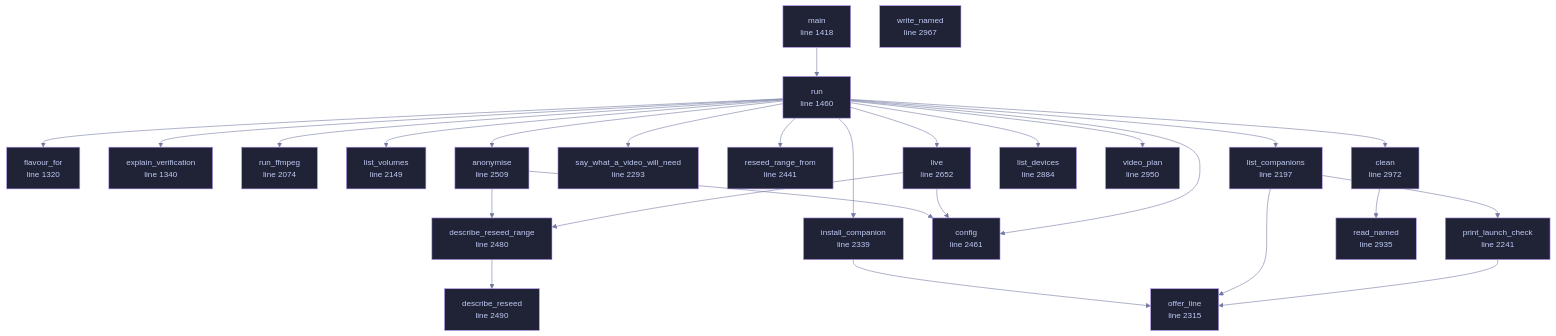
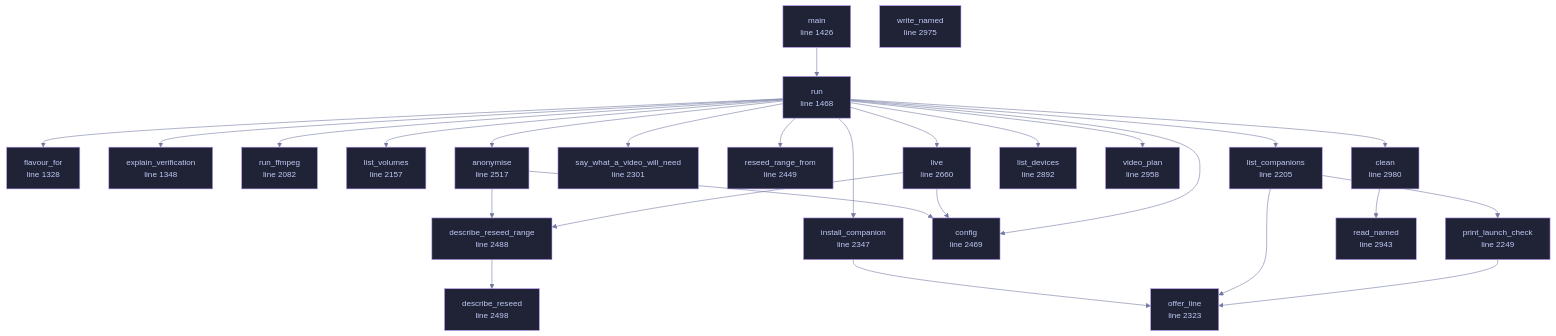
The diagram in docs/files/veilvoice-cli/main.md (tilas01/veilvoice), drawn with Mermaid before and after one commit. The commit also changed other lines of this file and 32 other files, not shown here.

````diff
--- a/docs/files/veilvoice-cli/main.md
+++ b/docs/files/veilvoice-cli/main.md
@@ -135,75 +135,75 @@
 ```mermaid
 %%{init: {"theme":"base","themeVariables":{"background":"#1a1b26","primaryColor":"#1f2335","primaryTextColor":"#c0caf5","primaryBorderColor":"#7aa2f7","secondaryColor":"#16161e","tertiaryColor":"#16161e","lineColor":"#737aa2","textColor":"#c0caf5","mainBkg":"#1f2335","nodeBorder":"#7aa2f7","clusterBkg":"#16161e","clusterBorder":"#2f3549","fontFamily":"ui-monospace, SFMono-Regular, Consolas, monospace","fontSize":"14px"}}}%%
 flowchart TD
-    n_flavour_for["flavour_for<br/>line 1320"]
-    n_explain_verification["explain_verification<br/>line 1340"]
-    n_main["main<br/>line 1418"]
-    n_run["run<br/>line 1460"]
-    n_run_ffmpeg["run_ffmpeg<br/>line 2074"]
-    n_list_volumes["list_volumes<br/>line 2149"]
-    n_list_companions["list_companions<br/>line 2197"]
-    n_print_launch_check["print_launch_check<br/>line 2241"]
-    n_say_what_a_video_will_need["say_what_a_video_will_need<br/>line 2293"]
-    n_offer_line["offer_line<br/>line 2315"]
-    n_install_companion["install_companion<br/>line 2339"]
-    n_reseed_range_from["reseed_range_from<br/>line 2441"]
-    n_config["config<br/>line 2461"]
-    n_describe_reseed_range["describe_reseed_range<br/>line 2480"]
-    n_describe_reseed["describe_reseed<br/>line 2490"]
-    n_anonymise["anonymise<br/>line 2509"]
-    n_live["live<br/>line 2652"]
-    n_list_devices["list_devices<br/>line 2884"]
-    n_read_named["read_named<br/>line 2935"]
-    n_video_plan["video_plan<br/>line 2950"]
-    n_write_named["write_named<br/>line 2967"]
-    n_clean["clean<br/>line 2972"]
+    n_flavour_for["flavour_for<br/>line 1328"]
+    n_explain_verification["explain_verification<br/>line 1348"]
+    n_main["main<br/>line 1426"]
+    n_run["run<br/>line 1468"]
+    n_run_ffmpeg["run_ffmpeg<br/>line 2082"]
+    n_list_volumes["list_volumes<br/>line 2157"]
+    n_list_companions["list_companions<br/>line 2205"]
+    n_print_launch_check["print_launch_check<br/>line 2249"]
+    n_say_what_a_video_will_need["say_what_a_video_will_need<br/>line 2301"]
+    n_offer_line["offer_line<br/>line 2323"]
+    n_install_companion["install_companion<br/>line 2347"]
+    n_reseed_range_from["reseed_range_from<br/>line 2449"]
+    n_config["config<br/>line 2469"]
+    n_describe_reseed_range["describe_reseed_range<br/>line 2488"]
+    n_describe_reseed["describe_reseed<br/>line 2498"]
+    n_anonymise["anonymise<br/>line 2517"]
+    n_live["live<br/>line 2660"]
+    n_list_devices["list_devices<br/>line 2892"]
+    n_read_named["read_named<br/>line 2943"]
+    n_video_plan["video_plan<br/>line 2958"]
+    n_write_named["write_named<br/>line 2975"]
+    n_clean["clean<br/>line 2980"]
     n_anonymise --> n_config
     n_anonymise --> n_describe_reseed_range
     n_clean --> n_read_named
     n_describe_reseed_range --> n_describe_reseed
     n_install_companion --> n_offer_line
     n_list_companions --> n_offer_line
     n_list_companions --> n_print_launch_check
     n_live --> n_config
     n_live --> n_describe_reseed_range
     n_main --> n_run
     n_print_launch_check --> n_offer_line
     n_run --> n_anonymise
     n_run --> n_clean
     n_run --> n_config
     n_run --> n_explain_verification
     n_run --> n_flavour_for
     n_run --> n_install_companion
     n_run --> n_list_companions
     n_run --> n_list_devices
     n_run --> n_list_volumes
     n_run --> n_live
     n_run --> n_reseed_range_from
     n_run --> n_run_ffmpeg
     n_run --> n_say_what_a_video_will_need
     n_run --> n_video_plan
-    click n_flavour_for href "https://github.com/tilas01/veilvoice/blob/main/crates/veilvoice-cli/src/main.rs#L1320" "open the source"
-    click n_explain_verification href "https://github.com/tilas01/veilvoice/blob/main/crates/veilvoice-cli/src/main.rs#L1340" "open the source"
-    click n_main href "https://github.com/tilas01/veilvoice/blob/main/crates/veilvoice-cli/src/main.rs#L1418" "open the source"
-    click n_run href "https://github.com/tilas01/veilvoice/blob/main/crates/veilvoice-cli/src/main.rs#L1460" "open the source"
-    click n_run_ffmpeg href "https://github.com/tilas01/veilvoice/blob/main/crates/veilvoice-cli/src/main.rs#L2074" "open the source"
-    click n_list_volumes href "https://github.com/tilas01/veilvoice/blob/main/crates/veilvoice-cli/src/main.rs#L2149" "open the source"
-    click n_list_companions href "https://github.com/tilas01/veilvoice/blob/main/crates/veilvoice-cli/src/main.rs#L2197" "open the source"
-    click n_print_launch_check href "https://github.com/tilas01/veilvoice/blob/main/crates/veilvoice-cli/src/main.rs#L2241" "open the source"
-    click n_say_what_a_video_will_need href "https://github.com/tilas01/veilvoice/blob/main/crates/veilvoice-cli/src/main.rs#L2293" "open the source"
-    click n_offer_line href "https://github.com/tilas01/veilvoice/blob/main/crates/veilvoice-cli/src/main.rs#L2315" "open the source"
-    click n_install_companion href "https://github.com/tilas01/veilvoice/blob/main/crates/veilvoice-cli/src/main.rs#L2339" "open the source"
-    click n_reseed_range_from href "https://github.com/tilas01/veilvoice/blob/main/crates/veilvoice-cli/src/main.rs#L2441" "open the source"
-    click n_config href "https://github.com/tilas01/veilvoice/blob/main/crates/veilvoice-cli/src/main.rs#L2461" "open the source"
-    click n_describe_reseed_range href "https://github.com/tilas01/veilvoice/blob/main/crates/veilvoice-cli/src/main.rs#L2480" "open the source"
-    click n_describe_reseed href "https://github.com/tilas01/veilvoice/blob/main/crates/veilvoice-cli/src/main.rs#L2490" "open the source"
-    click n_anonymise href "https://github.com/tilas01/veilvoice/blob/main/crates/veilvoice-cli/src/main.rs#L2509" "open the source"
-    click n_live href "https://github.com/tilas01/veilvoice/blob/main/crates/veilvoice-cli/src/main.rs#L2652" "open the source"
-    click n_list_devices href "https://github.com/tilas01/veilvoice/blob/main/crates/veilvoice-cli/src/main.rs#L2884" "open the source"
-    click n_read_named href "https://github.com/tilas01/veilvoice/blob/main/crates/veilvoice-cli/src/main.rs#L2935" "open the source"
-    click n_video_plan href "https://github.com/tilas01/veilvoice/blob/main/crates/veilvoice-cli/src/main.rs#L2950" "open the source"
-    click n_write_named href "https://github.com/tilas01/veilvoice/blob/main/crates/veilvoice-cli/src/main.rs#L2967" "open the source"
-    click n_clean href "https://github.com/tilas01/veilvoice/blob/main/crates/veilvoice-cli/src/main.rs#L2972" "open the source"
+    click n_flavour_for href "https://github.com/tilas01/veilvoice/blob/main/crates/veilvoice-cli/src/main.rs#L1328" "open the source"
+    click n_explain_verification href "https://github.com/tilas01/veilvoice/blob/main/crates/veilvoice-cli/src/main.rs#L1348" "open the source"
+    click n_main href "https://github.com/tilas01/veilvoice/blob/main/crates/veilvoice-cli/src/main.rs#L1426" "open the source"
+    click n_run href "https://github.com/tilas01/veilvoice/blob/main/crates/veilvoice-cli/src/main.rs#L1468" "open the source"
+    click n_run_ffmpeg href "https://github.com/tilas01/veilvoice/blob/main/crates/veilvoice-cli/src/main.rs#L2082" "open the source"
+    click n_list_volumes href "https://github.com/tilas01/veilvoice/blob/main/crates/veilvoice-cli/src/main.rs#L2157" "open the source"
+    click n_list_companions href "https://github.com/tilas01/veilvoice/blob/main/crates/veilvoice-cli/src/main.rs#L2205" "open the source"
+    click n_print_launch_check href "https://github.com/tilas01/veilvoice/blob/main/crates/veilvoice-cli/src/main.rs#L2249" "open the source"
+    click n_say_what_a_video_will_need href "https://github.com/tilas01/veilvoice/blob/main/crates/veilvoice-cli/src/main.rs#L2301" "open the source"
+    click n_offer_line href "https://github.com/tilas01/veilvoice/blob/main/crates/veilvoice-cli/src/main.rs#L2323" "open the source"
+    click n_install_companion href "https://github.com/tilas01/veilvoice/blob/main/crates/veilvoice-cli/src/main.rs#L2347" "open the source"
+    click n_reseed_range_from href "https://github.com/tilas01/veilvoice/blob/main/crates/veilvoice-cli/src/main.rs#L2449" "open the source"
+    click n_config href "https://github.com/tilas01/veilvoice/blob/main/crates/veilvoice-cli/src/main.rs#L2469" "open the source"
+    click n_describe_reseed_range href "https://github.com/tilas01/veilvoice/blob/main/crates/veilvoice-cli/src/main.rs#L2488" "open the source"
+    click n_describe_reseed href "https://github.com/tilas01/veilvoice/blob/main/crates/veilvoice-cli/src/main.rs#L2498" "open the source"
+    click n_anonymise href "https://github.com/tilas01/veilvoice/blob/main/crates/veilvoice-cli/src/main.rs#L2517" "open the source"
+    click n_live href "https://github.com/tilas01/veilvoice/blob/main/crates/veilvoice-cli/src/main.rs#L2660" "open the source"
+    click n_list_devices href "https://github.com/tilas01/veilvoice/blob/main/crates/veilvoice-cli/src/main.rs#L2892" "open the source"
+    click n_read_named href "https://github.com/tilas01/veilvoice/blob/main/crates/veilvoice-cli/src/main.rs#L2943" "open the source"
+    click n_video_plan href "https://github.com/tilas01/veilvoice/blob/main/crates/veilvoice-cli/src/main.rs#L2958" "open the source"
+    click n_write_named href "https://github.com/tilas01/veilvoice/blob/main/crates/veilvoice-cli/src/main.rs#L2975" "open the source"
+    click n_clean href "https://github.com/tilas01/veilvoice/blob/main/crates/veilvoice-cli/src/main.rs#L2980" "open the source"
     classDef helper fill:#1f2335,stroke:#bb9af7,color:#c0caf5
     class n_flavour_for,n_explain_verification,n_main,n_run,n_run_ffmpeg,n_list_volumes,n_list_companions,n_print_launch_check,n_say_what_a_video_will_need,n_offer_line,n_install_companion,n_reseed_range_from,n_config,n_describe_reseed_range,n_describe_reseed,n_anonymise,n_live,n_list_devices,n_read_named,n_video_plan,n_write_named,n_clean helper
 ```
````
